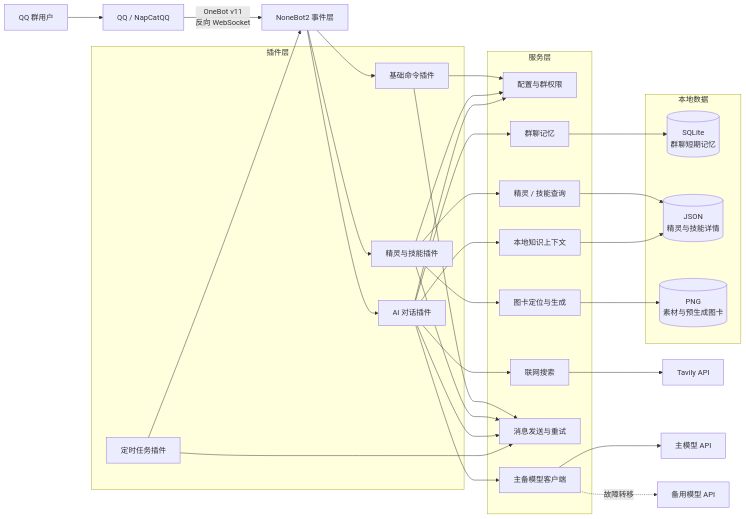
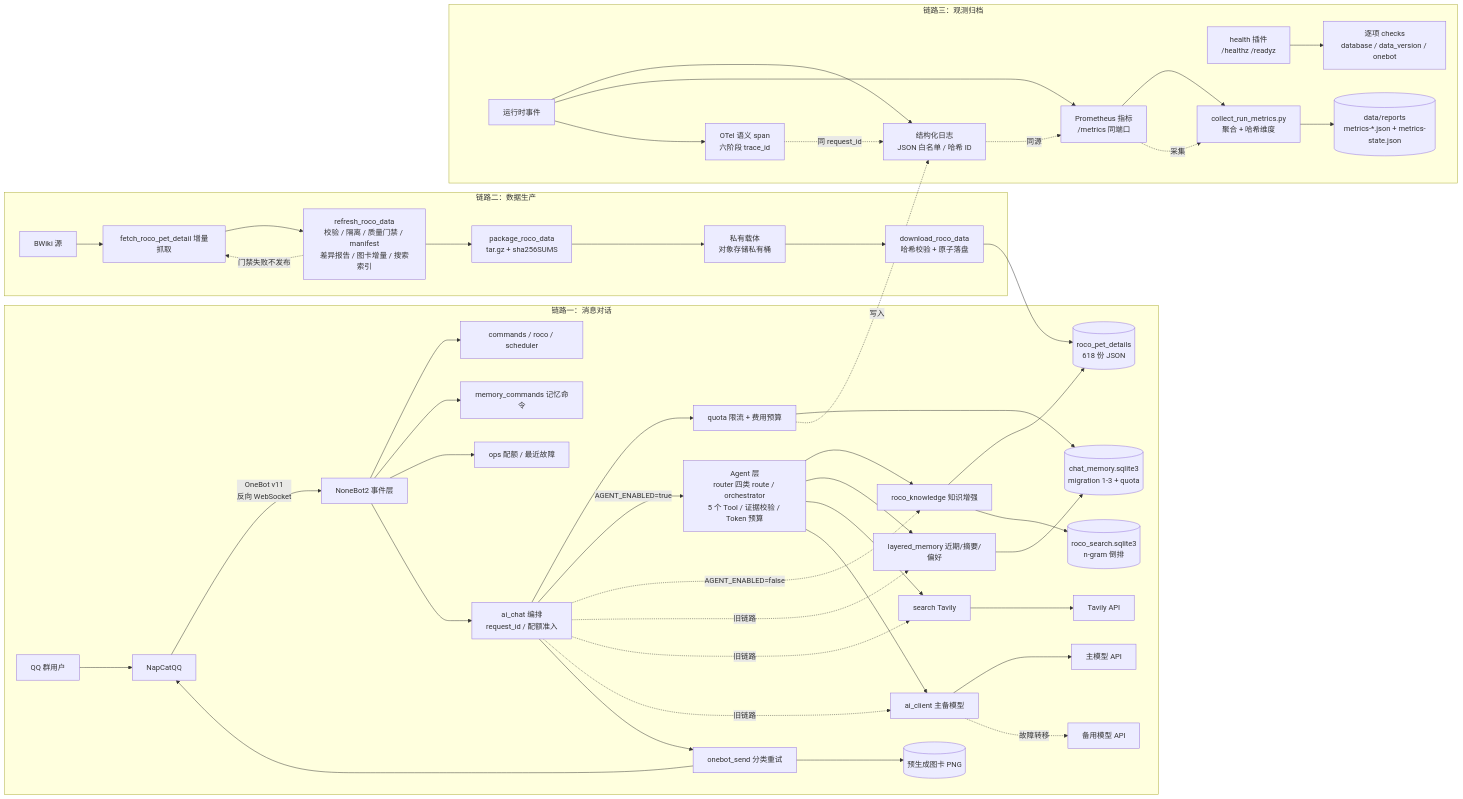
Before and after one commit to 2321Robin/qq_bot: the diagram in README.md, drawn with Mermaid. The commit also changed other lines of this file and 3 other files, not shown here.

First line of the commit message:
docs: portfolio README (three-pipeline diagram, CI badge, honest eval table)

````diff
--- a/README.md
+++ b/README.md
@@ -18,56 +30,55 @@
 ```mermaid
 flowchart LR
-    User[QQ 群用户] --> QQ[QQ / NapCatQQ]
-    QQ -->|OneBot v11<br/>反向 WebSocket| NB[NoneBot2 事件层]
-
-    subgraph Plugins[插件层]
-        Command[基础命令插件]
-        Roco[精灵与技能插件]
-        AI[AI 对话插件]
-        Scheduler[定时任务插件]
+    subgraph P1[链路一：消息对话]
+        User[QQ 群用户] --> NapCat[NapCatQQ]
+        NapCat -->|OneBot v11<br/>反向 WebSocket| NB[NoneBot2 事件层]
+        NB --> Cmd[commands / roco / scheduler]
+        NB --> Mem[memory_commands 记忆命令]
+        NB --> Ops[ops 配额 / 最近故障]
+        NB --> AI[ai_chat 编排<br/>request_id / 配额准入]
+        AI --> Quota[quota 限流 + 费用预算]
+        AI -->|AGENT_ENABLED=true| Agent[Agent 层<br/>router 四类 route / orchestrator<br/>5 个 Tool / 证据校验 / Token 预算]
+        Agent --> KB[roco_knowledge 知识增强]
+        Agent --> MemSvc[layered_memory 近期/摘要/偏好]
+        Agent --> Src[search Tavily]
+        Agent --> LLM[ai_client 主备模型]
+        AI -.AGENT_ENABLED=false.-> KB
+        AI -.旧链路.-> MemSvc
+        AI -.旧链路.-> Src
+        AI -.旧链路.-> LLM
+        KB --> Details[(roco_pet_details<br/>618 份 JSON)]
+        KB --> Index[(roco_search.sqlite3<br/>n-gram 倒排)]
+        MemSvc --> SQLite[(chat_memory.sqlite3<br/>migration 1-3 + quota)]
+        Quota --> SQLite
+        Src --> Tavily[Tavily API]
+        LLM --> Primary[主模型 API]
+        LLM -.故障转移.-> Fallback[备用模型 API]
+        AI --> Send[onebot_send 分类重试]
+        Send --> NapCat
+        Send --> Cards[(预生成图卡 PNG)]
     end
 
-    NB --> Command
-    NB --> Roco
-    NB --> AI
-    Scheduler --> NB
-
-    subgraph Services[服务层]
-        Config[配置与群权限]
-        Pet[精灵 / 技能查询]
-        Knowledge[本地知识上下文]
-        Memory[群聊记忆]
-        Search[联网搜索]
-        LLM[主备模型客户端]
-        Sender[消息发送与重试]
-        Card[图卡定位与生成]
+    subgraph P2[链路二：数据生产]
+        Wiki[BWiki 源] --> Fetch[fetch_roco_pet_detail 增量抓取]
+        Fetch --> Refresh[refresh_roco_data<br/>校验 / 隔离 / 质量门禁 / manifest<br/>差异报告 / 图卡增量 / 搜索索引]
+        Refresh --> Package[package_roco_data<br/>tar.gz + sha256SUMS]
+        Package --> Carrier[私有载体<br/>对象存储私有桶]
+        Carrier --> Download[download_roco_data<br/>哈希校验 + 原子落盘]
+        Download --> Details
     end
 
-    Command --> Config
-    Roco --> Config
-    Roco --> Pet
-    Roco --> Card
-    AI --> Config
-    AI --> Memory
-    AI --> Knowledge
-    AI --> Search
-    AI --> LLM
-    Command --> Sender
-    Roco --> Sender
-    AI --> Sender
-    Scheduler --> Sender
-
-    subgraph Data[本地数据]
-        SQLite[(SQLite<br/>群聊短期记忆)]
-        JSON[(JSON<br/>精灵与技能详情)]
-        Images[(PNG<br/>素材与预生成图卡)]
+    subgraph P3[链路三：观测归档]
+        Events[运行时事件] --> Log[结构化日志<br/>JSON 白名单 / 哈希 ID]
+        Events --> Met[Prometheus 指标<br/>/metrics 同端口]
+        Events --> Trc[OTel 语义 span<br/>六阶段 trace_id]
+        Log -.同源.-> Met
+        Trc -.同 request_id.-> Log
+        Health[health 插件<br/>/healthz /readyz] --> Checks[逐项 checks<br/>database / data_version / onebot]
+        Met --> Collect[collect_run_metrics.py<br/>聚合 + 哈希维度]
+        Collect --> Rep[(data/reports<br/>metrics-*.json + metrics-state.json)]
     end
 
-    Memory --> SQLite
-    Pet --> JSON
-    Knowledge --> JSON
-    Card --> Images
-    Search --> Tavily[Tavily API]
-    LLM --> Primary[主模型 API]
-    LLM -.故障转移.-> Fallback[备用模型 API]
+    Refresh -.门禁失败不发布.-> Fetch
+    Quota -.写入.-> Log
+    Met -.采集.-> Collect
 ```
````
